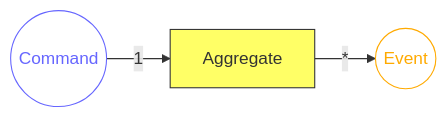
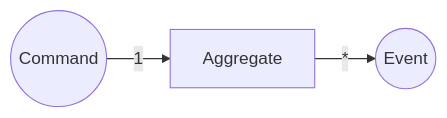
Before and after one commit to ReventlessDev/reventless-core: the first of 4 diagrams in packages/doc/docs/reventless-components-overview.md, drawn with Mermaid. The commit also changed other lines of this file and 1 other file, not shown here.

Commit message:
doc: add global mermaid style classes

````diff
--- a/packages/doc/docs/reventless-components-overview.md
+++ b/packages/doc/docs/reventless-components-overview.md
@@ -17,8 +18,4 @@
 ```mermaid
 graph LR
-    Command((Command)):::Command -->|1| Aggregate:::aggregate -->|*| Event((Event)):::Event
-
-    classDef Command stroke:#66f,color:#66f,fill:none;
-    classDef Event stroke:#fa0,color:#fa0,fill:none;
-    classDef aggregate fill:#ff6,stroke:#333,color:#333;
+    Command((Command)):::command -->|1| Aggregate:::aggregate -->|*| Event((Event)):::event
 ```
````
